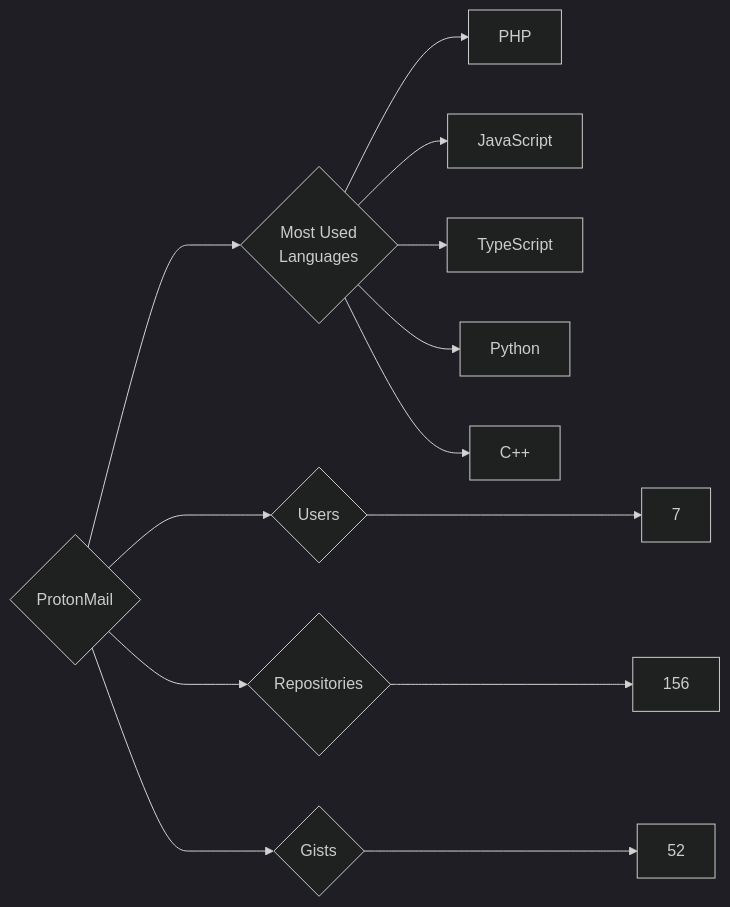
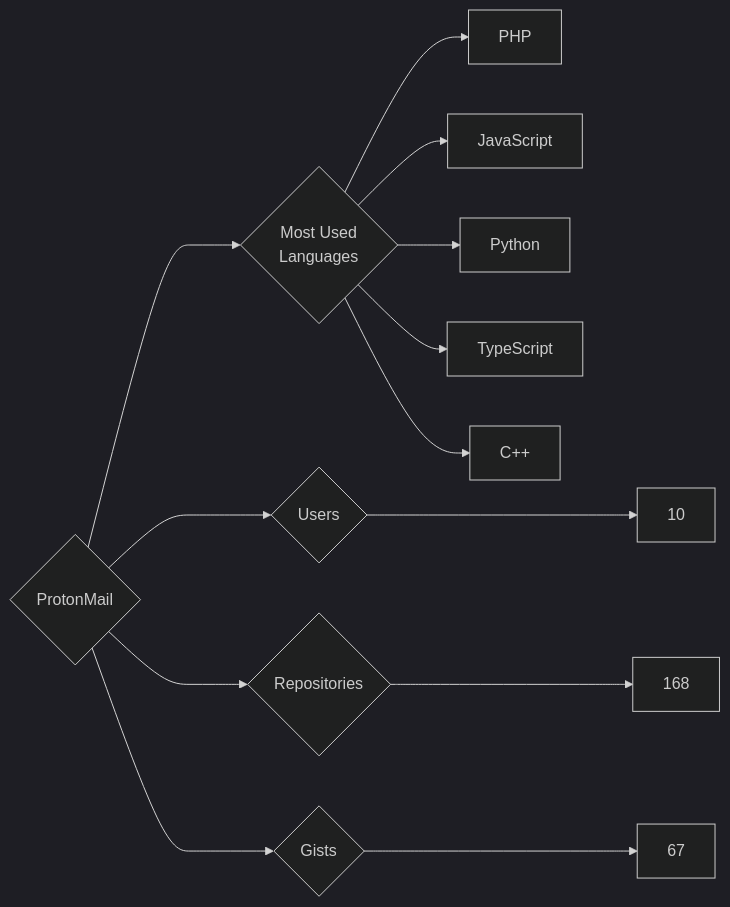
One commit to trickest/insiders changed the diagram in targets/ProtonMail/README.md. Above: the diagram before and after it, drawn with Mermaid (dark theme). The commit also changed 898 other files, not shown here.

````diff
--- a/targets/ProtonMail/README.md
+++ b/targets/ProtonMail/README.md
@@ -3,13 +3,13 @@
 ```mermaid
 graph LR
 COMPANY_NAME{ProtonMail}
-COMPANY_NAME ---> U{Users} ---> UN[7]
-COMPANY_NAME ---> R{Repositories} ---> RN[156]
-COMPANY_NAME ---> G{Gists} ---> GN[52]
+COMPANY_NAME ---> U{Users} ---> UN[10]
+COMPANY_NAME ---> R{Repositories} ---> RN[168]
+COMPANY_NAME ---> G{Gists} ---> GN[67]
 COMPANY_NAME ---> ML{Most Used<br>Languages}
 ML --> PHP[PHP]
 ML --> JavaScript[JavaScript]
+ML --> Python[Python]
 ML --> TypeScript[TypeScript]
-ML --> Python[Python]
 ML --> C++[C++]
 ```
````
